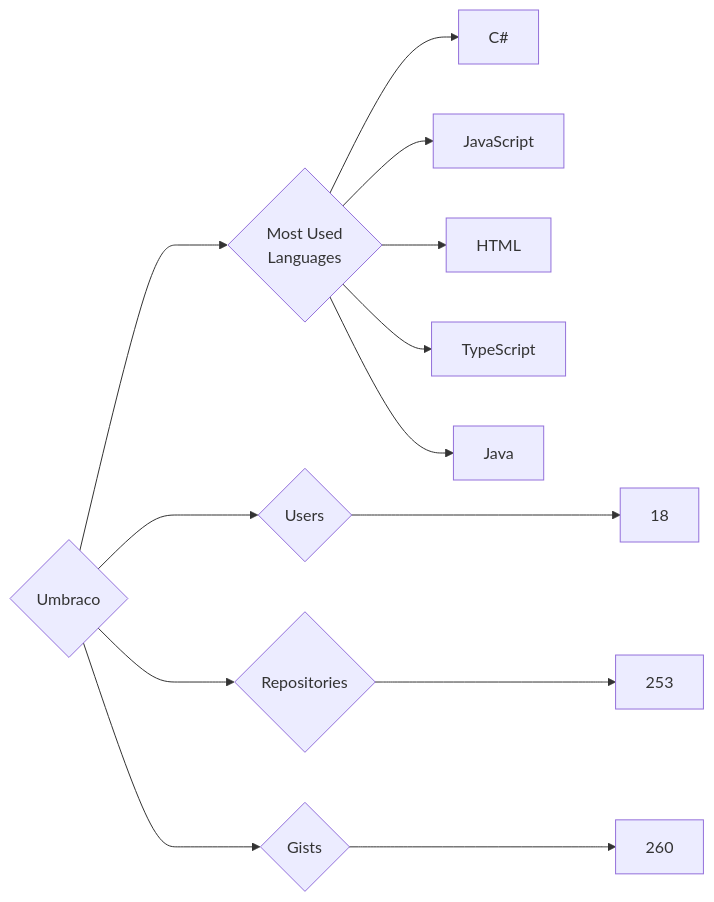
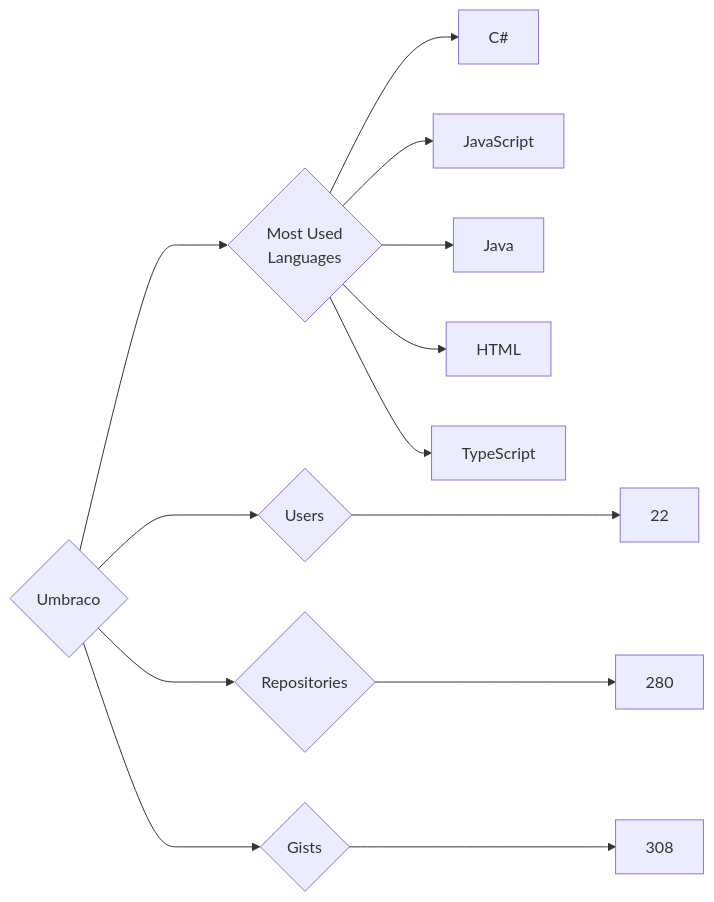
The diagram in targets/Umbraco/README.md (trickest/insiders), drawn with Mermaid before and after one commit. The commit also changed 895 other files, not shown here.

````diff
--- a/targets/Umbraco/README.md
+++ b/targets/Umbraco/README.md
@@ -3,13 +3,13 @@
 ```mermaid
 graph LR
 COMPANY_NAME{Umbraco}
-COMPANY_NAME ---> U{Users} ---> UN[18]
-COMPANY_NAME ---> R{Repositories} ---> RN[253]
-COMPANY_NAME ---> G{Gists} ---> GN[260]
+COMPANY_NAME ---> U{Users} ---> UN[22]
+COMPANY_NAME ---> R{Repositories} ---> RN[280]
+COMPANY_NAME ---> G{Gists} ---> GN[308]
 COMPANY_NAME ---> ML{Most Used<br>Languages}
 ML --> C#[C#]
 ML --> JavaScript[JavaScript]
+ML --> Java[Java]
 ML --> HTML[HTML]
 ML --> TypeScript[TypeScript]
-ML --> Java[Java]
 ```
````
